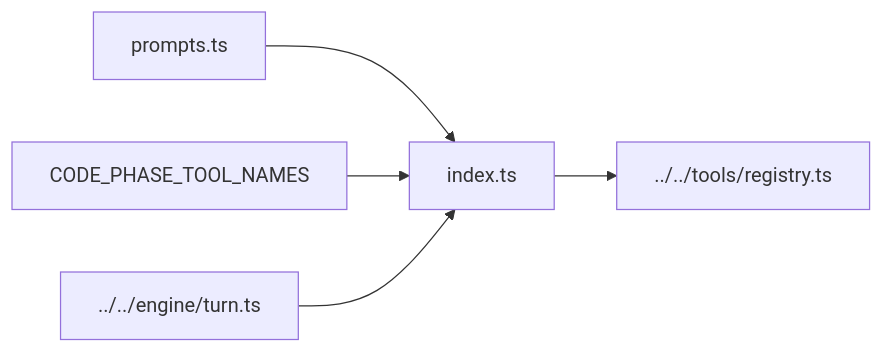
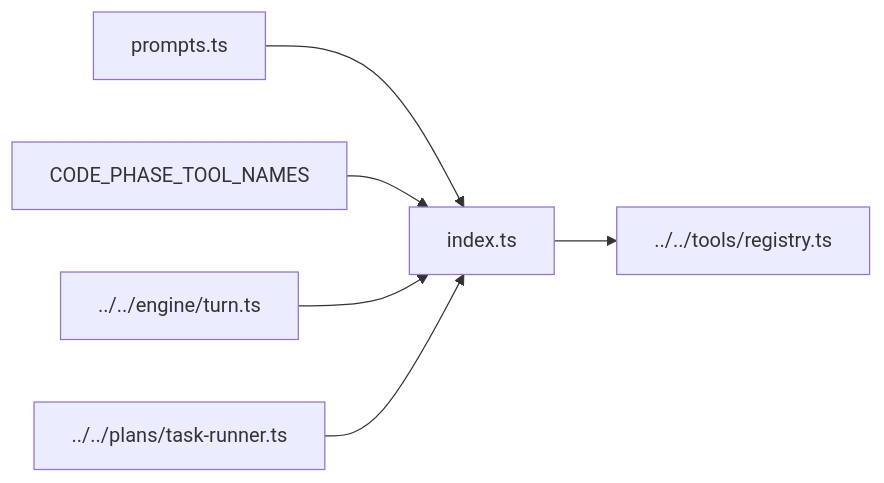
Before and after one commit to thisisyoussef/shipyard: the diagram in shipyard/src/phases/code/README.md, drawn with Mermaid. The commit also changed other lines of this file and 21 other files, not shown here.

First line of the commit message:
docs: refresh runtime architecture guides

````diff
--- a/shipyard/src/phases/code/README.md
+++ b/shipyard/src/phases/code/README.md
@@ -22,13 +28,15 @@
 ```mermaid
 flowchart LR
   Prompt["prompts.ts"]
   Index["index.ts"]
   Names["CODE_PHASE_TOOL_NAMES"]
   Registry["../../tools/registry.ts"]
   Runtime["../../engine/turn.ts"]
+  Plans["../../plans/task-runner.ts"]
 
   Prompt --> Index
   Names --> Index
   Index --> Registry
   Runtime --> Index
+  Plans --> Index
 ```
````
